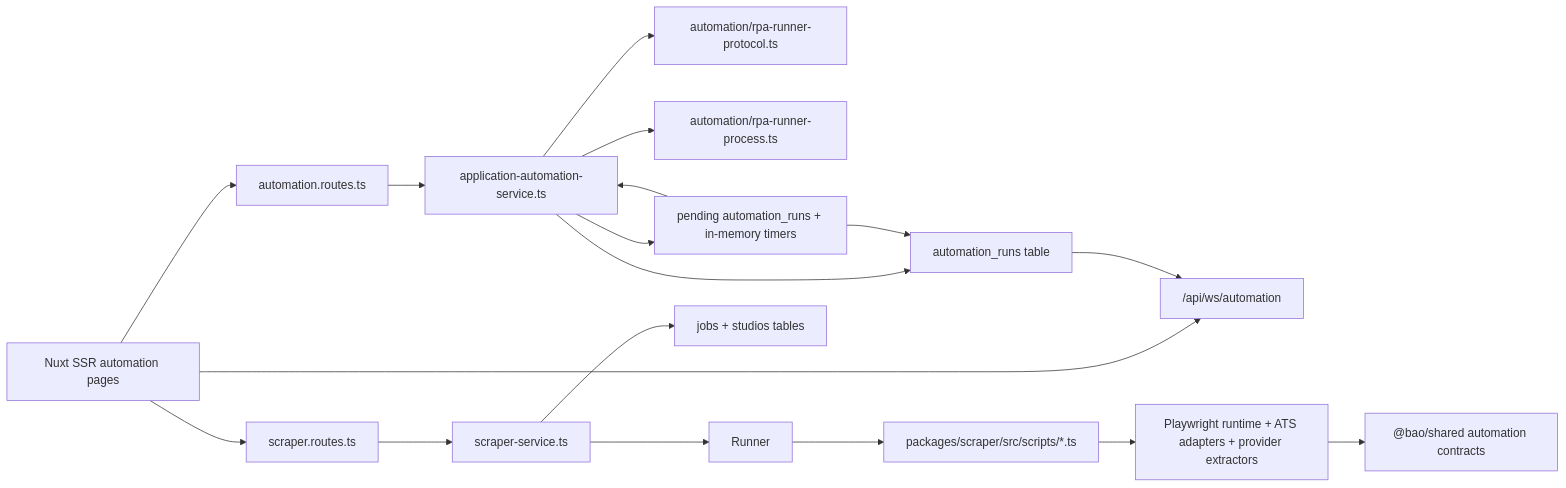
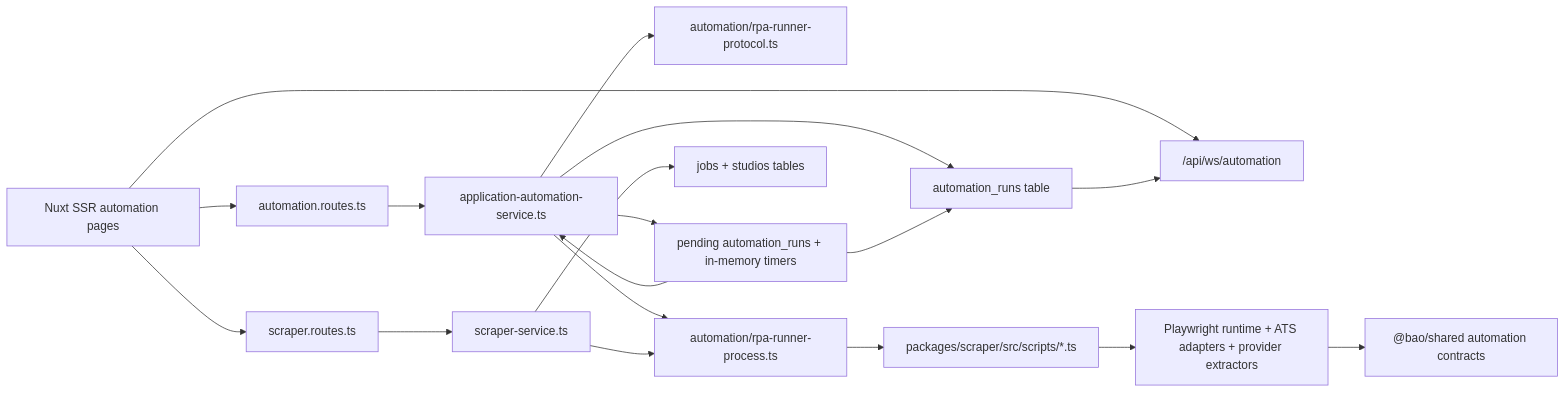
Before and after one commit to d4551/baobuildbuddy: the first of 3 diagrams in docs/AUTOMATION.md, drawn with Mermaid. The commit also changed 1 other file, not shown here.

Commit message:
fix: AUTOMATION.md Mermaid RunnerProcess edges; align desktop-release env defaults
- Point ScraperService and Scripts through RunnerProcess (scrapers use rpa-runner-process).
- Use the same workflow_dispatch vs push + vars || 'true' pattern for Linux signatures and Windows MSI.

````diff
--- a/docs/AUTOMATION.md
+++ b/docs/AUTOMATION.md
@@ -11,20 +11,20 @@
 ```mermaid
 flowchart LR
   UI["Nuxt SSR automation pages"] --> AutomationRoutes["automation.routes.ts"]
   UI --> ScraperRoutes["scraper.routes.ts"]
   UI --> AutomationWs["/api/ws/automation"]
   AutomationRoutes --> Service["application-automation-service.ts"]
   ScraperRoutes --> ScraperService["scraper-service.ts"]
   Service --> RunnerProtocol["automation/rpa-runner-protocol.ts"]
   Service --> RunnerProcess["automation/rpa-runner-process.ts"]
-  ScraperService --> Runner
-  Runner --> Scripts["packages/scraper/src/scripts/*.ts"]
+  ScraperService --> RunnerProcess
+  RunnerProcess --> Scripts["packages/scraper/src/scripts/*.ts"]
   Scripts --> Runtime["Playwright runtime + ATS adapters + provider extractors"]
   Runtime --> Shared["@bao/shared automation contracts"]
   Service --> Scheduler["pending automation_runs + in-memory timers"]
   Service --> Runs["automation_runs table"]
   Scheduler --> Runs
   Scheduler --> Service
   ScraperService --> JobsStudios["jobs + studios tables"]
   Runs --> AutomationWs
 ```
````
